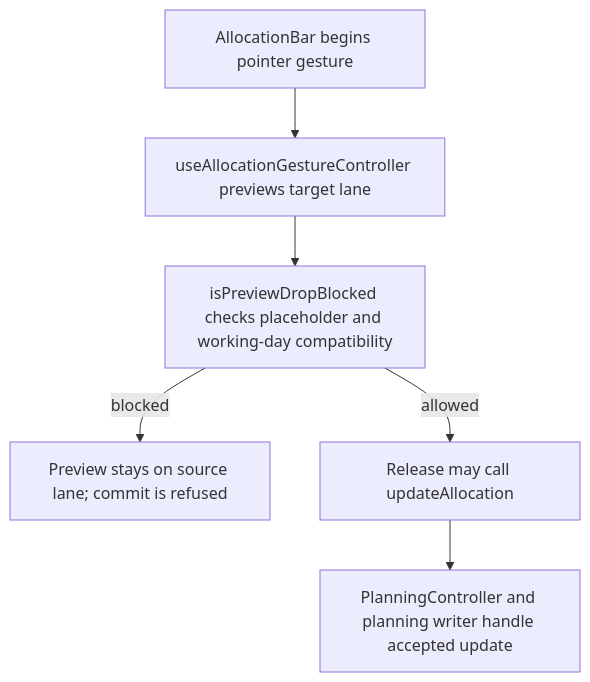
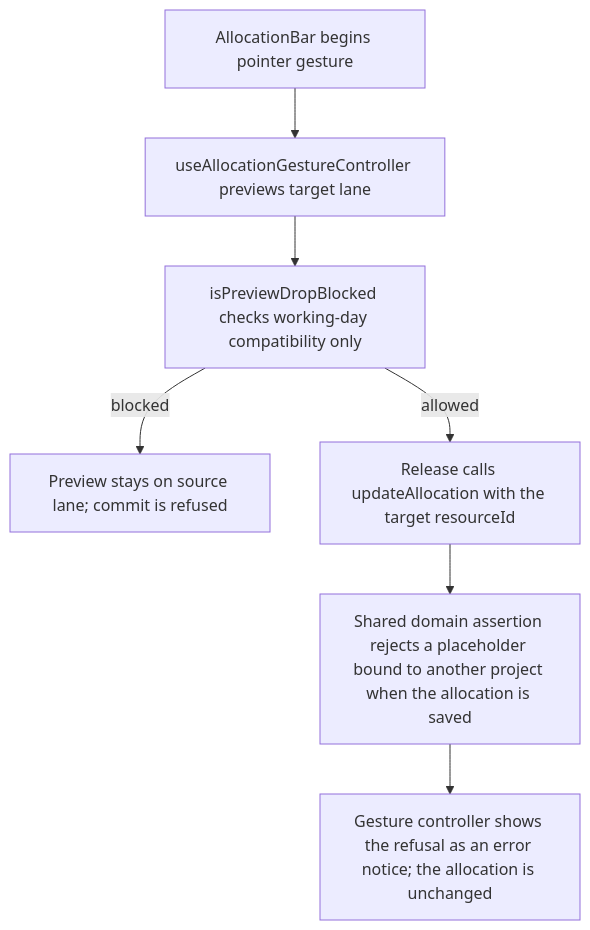
The second of 2 diagrams in user-stories/scheduler/US-SCH-07-placeholder-reassign-reject.md (Kevinjohn/capacitylens), drawn with Mermaid before and after one commit. The commit also changed other lines of this file and 119 other files, not shown here.

First line of the commit message:
docs: correct story text and flow diagrams against current source

````diff
--- a/user-stories/scheduler/US-SCH-07-placeholder-reassign-reject.md
+++ b/user-stories/scheduler/US-SCH-07-placeholder-reassign-reject.md
@@ -33,8 +33,9 @@
 ```mermaid
 flowchart TD
   A["AllocationBar begins pointer gesture"] --> B["useAllocationGestureController previews target lane"]
-  B --> C["isPreviewDropBlocked checks placeholder and working-day compatibility"]
+  B --> C["isPreviewDropBlocked checks working-day compatibility only"]
   C -->|blocked| D["Preview stays on source lane; commit is refused"]
-  C -->|allowed| E["Release may call updateAllocation"]
-  E --> F["PlanningController and planning writer handle accepted update"]
+  C -->|allowed| E["Release calls updateAllocation with the target resourceId"]
+  E --> F["Shared domain assertion rejects a placeholder bound to another project when the allocation is saved"]
+  F --> G["Gesture controller shows the refusal as an error notice; the allocation is unchanged"]
 ```
````
